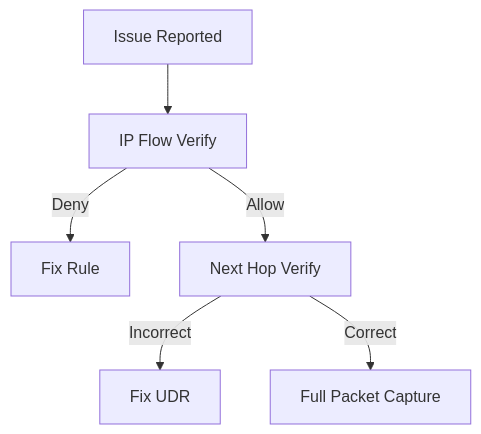
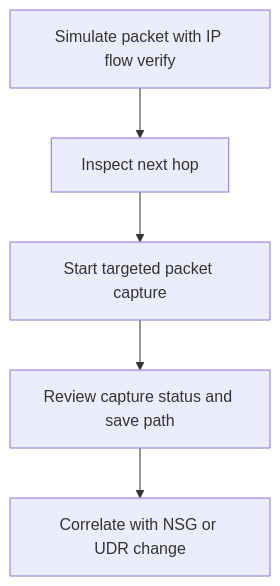
Before and after one commit to yeongseon/azure-networking-practical-guide: the diagram in docs/operations/packet-capture-and-diagnostics.md, drawn with Mermaid. The commit also changed other lines of this file and 10 other files, not shown here.

````diff
--- a/docs/operations/packet-capture-and-diagnostics.md
+++ b/docs/operations/packet-capture-and-diagnostics.md
@@ -40,8 +43,7 @@
 ```mermaid
-graph TD
-    Issue[Issue Reported] --> Flow[IP Flow Verify]
-    Flow -- Deny --> NSG[Fix Rule]
-    Flow -- Allow --> Hop[Next Hop Verify]
-    Hop -- Incorrect --> Route[Fix UDR]
-    Hop -- Correct --> PCAP[Full Packet Capture]
+flowchart TD
+    A[Simulate packet with IP flow verify] --> B[Inspect next hop]
+    B --> C[Start targeted packet capture]
+    C --> D[Review capture status and save path]
+    D --> E[Correlate with NSG or UDR change]
 ```
````
